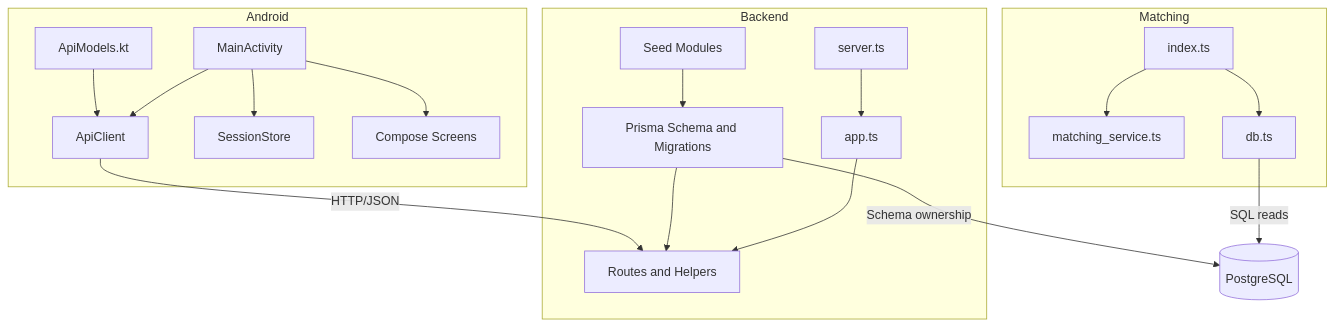
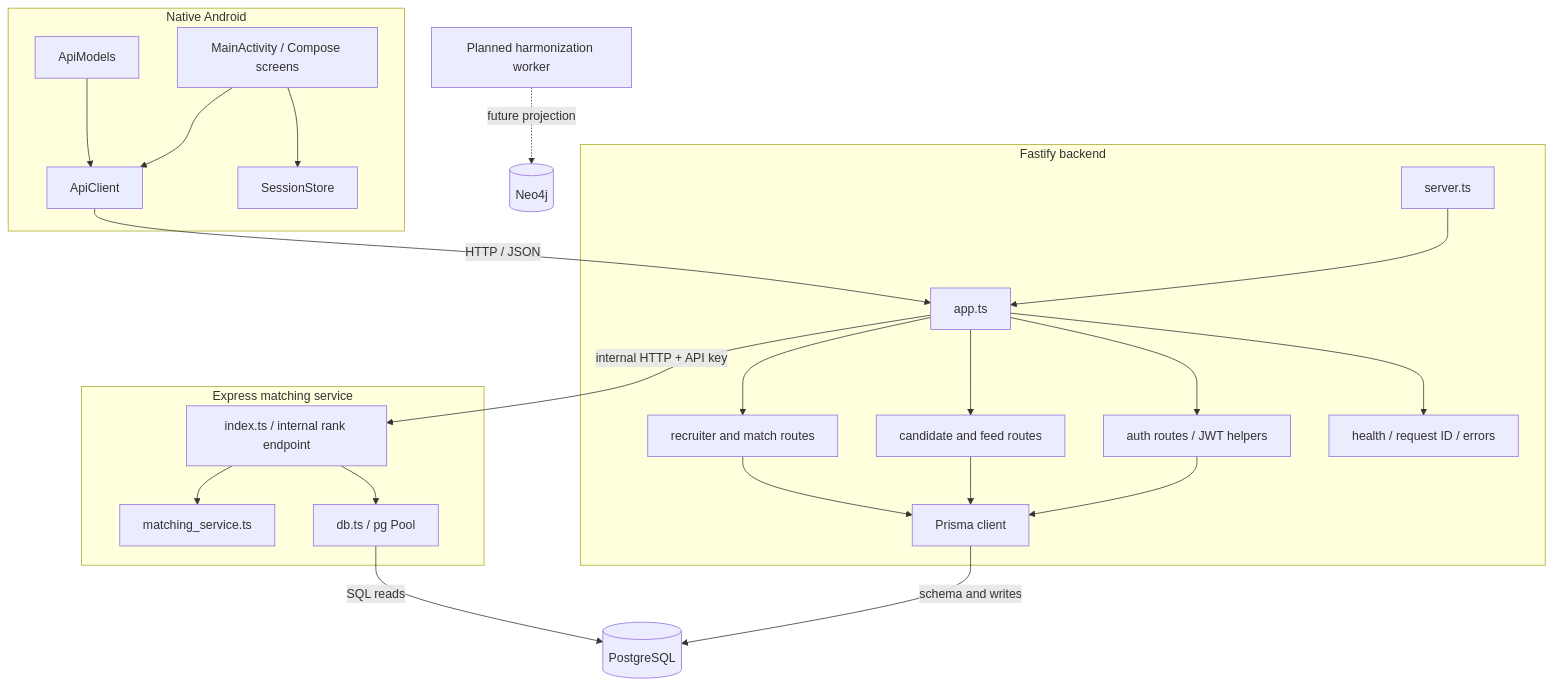
Before and after one commit to bhsei/26A: the second of 14 diagrams in docs/design/SAD.md, drawn with Mermaid. The commit also changed other lines of this file, not shown here.

First line of the commit message:
W10 - SAD design v1.0; add AdoptAJob Software Architecture Document

````diff
--- a/docs/design/SAD.md
+++ b/docs/design/SAD.md
@@ -404,25 +427,27 @@
 ```mermaid
 flowchart TD
-    subgraph Android
-        MA[MainActivity] --> AC[ApiClient]
+    subgraph Android[Native Android]
+        MA[MainActivity / Compose screens] --> AC[ApiClient]
         MA --> SS[SessionStore]
-        MA --> UI[Compose Screens]
-        AM[ApiModels.kt] --> AC
+        AM[ApiModels] --> AC
     end
-
-    subgraph Backend
-        SRV[server.ts] --> APP[app.ts]
-        APP --> RH[Routes and Helpers]
-        PR[Prisma Schema and Migrations] --> RH
-        SEED[Seed Modules] --> PR
+    subgraph Backend[Fastify backend]
+        SV[server.ts] --> APP[app.ts]
+        APP --> AUTH[auth routes / JWT helpers]
+        APP --> CAN[candidate and feed routes]
+        APP --> REC[recruiter and match routes]
+        APP --> HLTH[health / request ID / errors]
+        AUTH --> PR[Prisma client]
+        CAN --> PR
+        REC --> PR
     end
-
-    subgraph Matching
-        MI[index.ts] --> MS[matching_service.ts]
-        MI --> DB[db.ts]
+    subgraph Matching[Express matching service]
+        IDX[index.ts / internal rank endpoint] --> MS[matching_service.ts]
+        IDX --> DB[db.ts / pg Pool]
     end
-
-    AC -- HTTP/JSON --> RH
-    DB -- SQL reads --> P[(PostgreSQL)]
-    PR -- Schema ownership --> P
+    AC -- HTTP / JSON --> APP
+    APP -- internal HTTP + API key --> IDX
+    PR -- schema and writes --> PG[(PostgreSQL)]
+    DB -- SQL reads --> PG
+    H[Planned harmonization worker] -. future projection .-> N[(Neo4j)]
 ```
````
